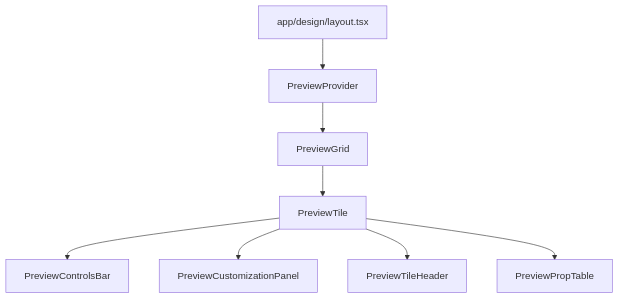
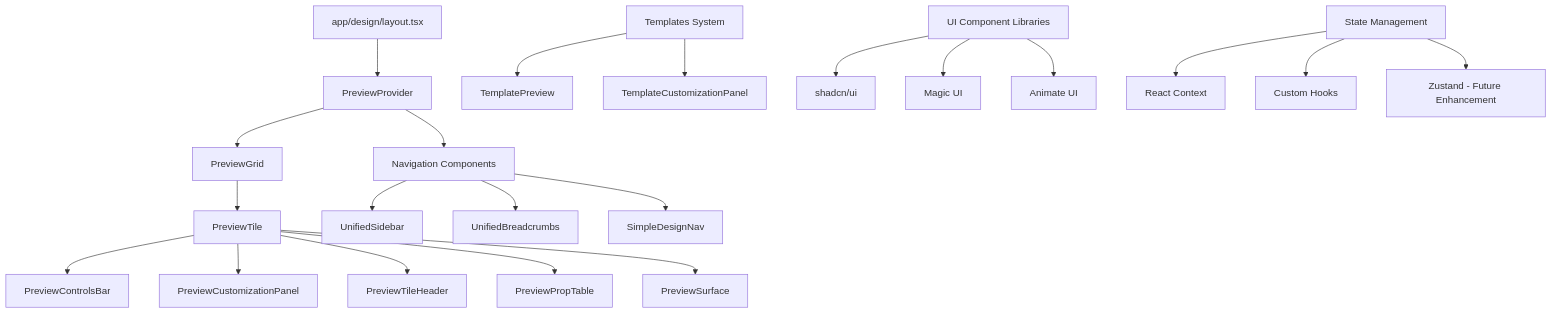
The diagram in .roo/rules/project-design-alignment.instructions.md (jessenaiman/magic-template), drawn with Mermaid before and after one commit. The commit also changed other lines of this file and 39 other files, not shown here.

First line of the commit message:
feat(navigation): Introduce consolidated navigation components and update structure

````diff
--- a/.roo/rules/project-design-alignment.instructions.md
+++ b/.roo/rules/project-design-alignment.instructions.md
@@ -61,10 +103,27 @@
 ```mermaid
 graph TD
   A[app/design/layout.tsx] --> B[PreviewProvider]
   B --> C[PreviewGrid]
   C --> D[PreviewTile]
   D --> E[PreviewControlsBar]
   D --> F[PreviewCustomizationPanel]
   D --> G[PreviewTileHeader]
   D --> H[PreviewPropTable]
+  D --> I[PreviewSurface]
+
+  B --> J[Navigation Components]
+  J --> K[UnifiedSidebar]
+  J --> L[UnifiedBreadcrumbs]
+  J --> M[SimpleDesignNav]
+
+  N[Templates System] --> O[TemplatePreview]
+  N --> P[TemplateCustomizationPanel]
+
+  Q[UI Component Libraries] --> R[shadcn/ui]
+  Q --> S[Magic UI]
+  Q --> T[Animate UI]
+
+  U[State Management] --> V[React Context]
+  U --> W[Custom Hooks]
+  U --> X[Zustand - Future Enhancement]
 ```
````
